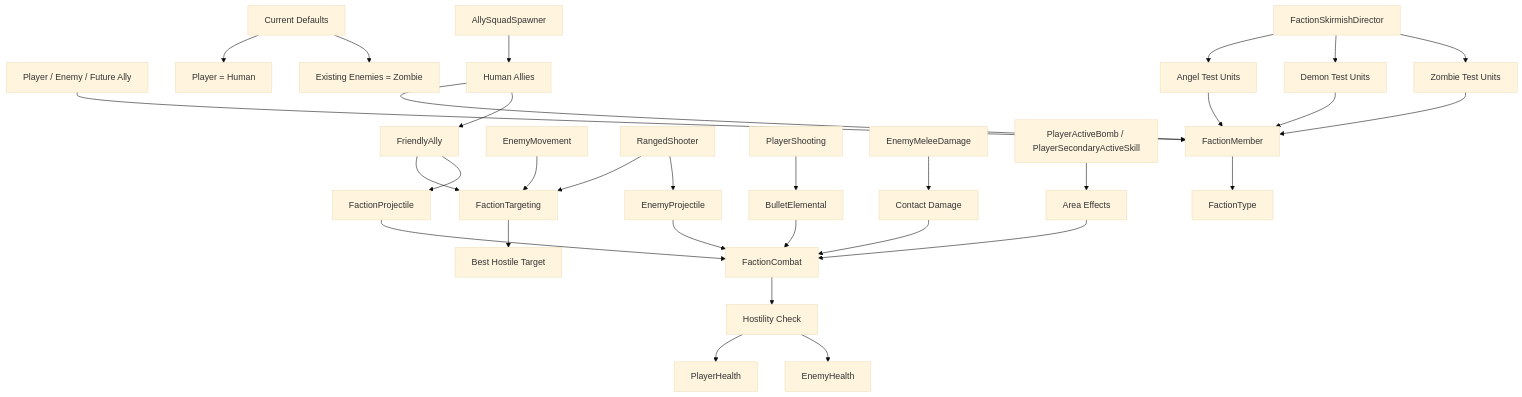
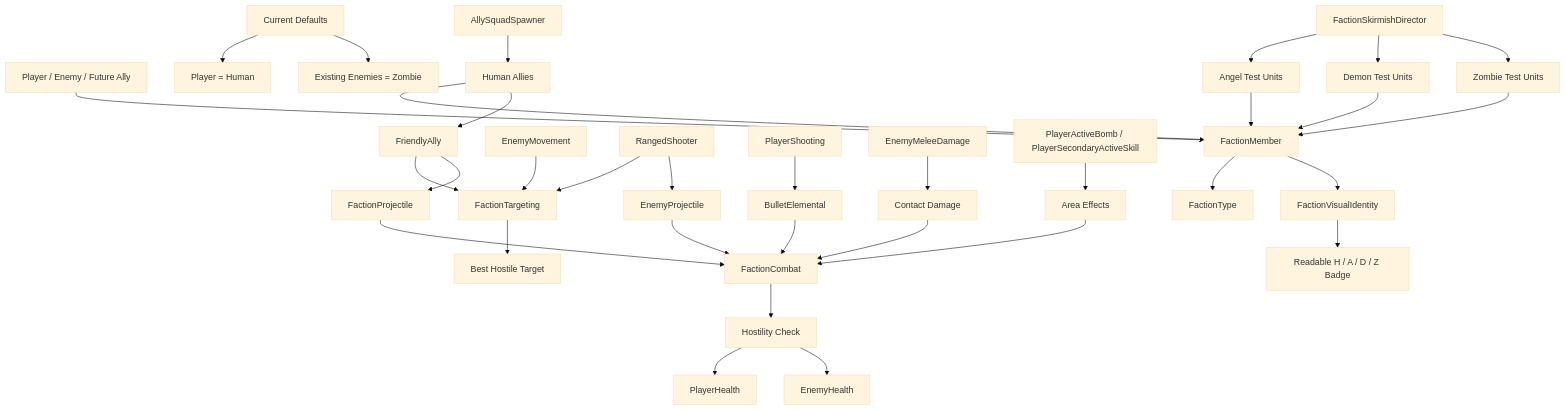
One commit to bpopovgit/bullet-heaven-game changed the second of 5 diagrams in Docs/SYSTEM_GRAPH.md. Above: the diagram before and after it, drawn with Mermaid (base theme). The commit also changed other lines of this file and 13 other files, not shown here.

````diff
--- a/Docs/SYSTEM_GRAPH.md
+++ b/Docs/SYSTEM_GRAPH.md
@@ -72,40 +72,42 @@
 ```mermaid
 flowchart TD
     A["Player / Enemy / Future Ally"] --> B["FactionMember"]
     B --> C["FactionType"]
+    B --> BA["FactionVisualIdentity"]
+    BA --> BB["Readable H / A / D / Z Badge"]
 
     D["EnemyMovement"] --> E["FactionTargeting"]
     F["RangedShooter"] --> E
     E --> G["Best Hostile Target"]
 
     H["PlayerShooting"] --> I["BulletElemental"]
     F --> J["EnemyProjectile"]
     K["EnemyMeleeDamage"] --> L["Contact Damage"]
     M["PlayerActiveBomb / PlayerSecondaryActiveSkill"] --> N["Area Effects"]
 
     I --> O["FactionCombat"]
     J --> O
     L --> O
     N --> O
 
     O --> P["Hostility Check"]
     P --> Q["PlayerHealth"]
     P --> R["EnemyHealth"]
 
     S["Current Defaults"] --> T["Player = Human"]
     S --> U["Existing Enemies = Zombie"]
 
     V["AllySquadSpawner"] --> W["Human Allies"]
     W --> B
     W --> X["FriendlyAlly"]
     X --> E
     X --> Y["FactionProjectile"]
     Y --> O
 
     Z["FactionSkirmishDirector"] --> ZA["Angel Test Units"]
     Z --> ZB["Demon Test Units"]
     Z --> ZC["Zombie Test Units"]
     ZA --> B
     ZB --> B
     ZC --> B
 ```
````
